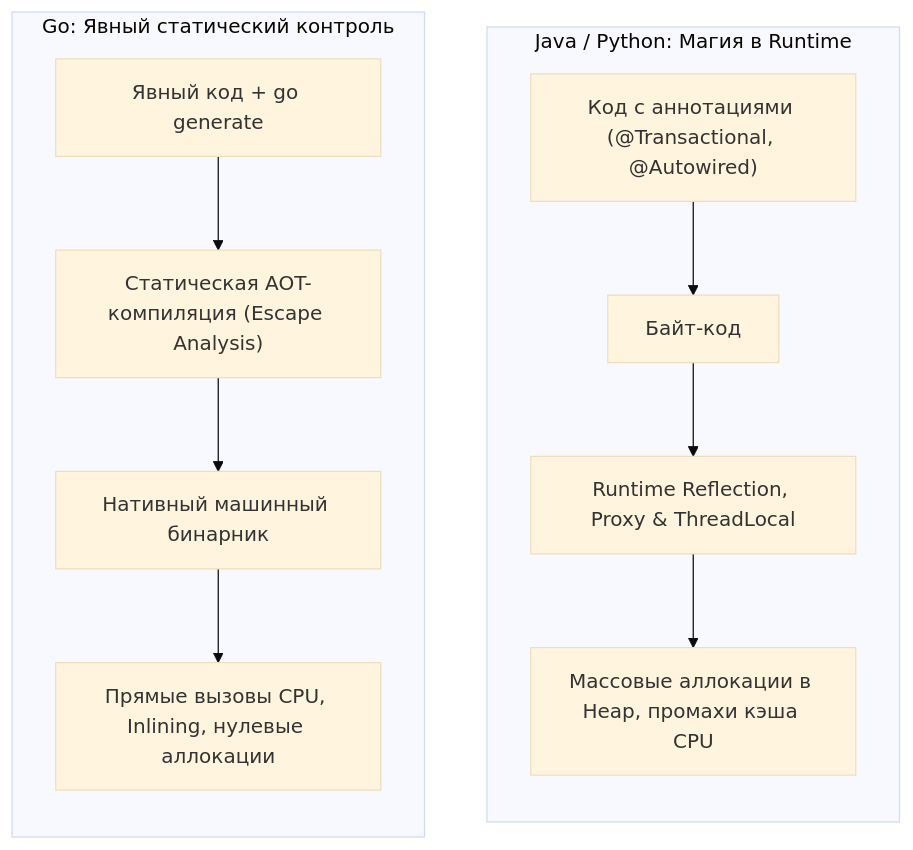
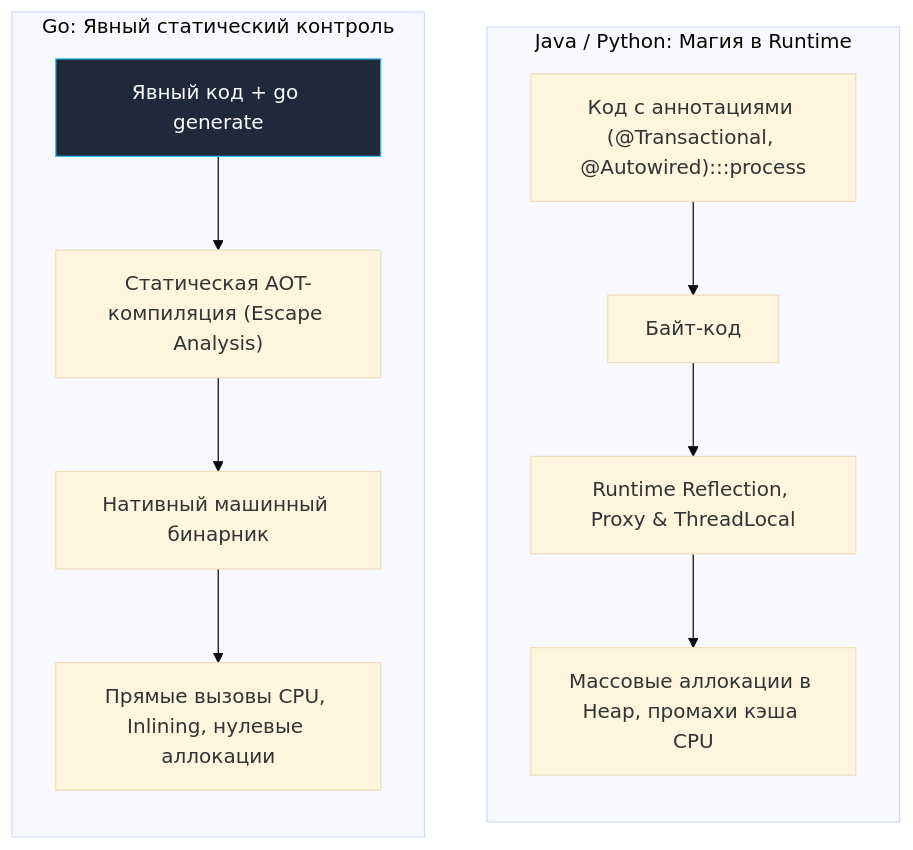
The diagram in sources/4. История и философия Go/19. Почему в Go избегают магии и скрытого поведения.md (UnrealTemplier/go-textbook), drawn with Mermaid (base theme) before and after one commit. The commit also changed 1666 other files, not shown here.

First line of the commit message:
feat(mermaid): add semantic color classDef to 1369 colorless flowchart/graph diagrams

````diff
--- a/sources/4. История и философия Go/19. Почему в Go избегают магии и скрытого поведения.md
+++ b/sources/4. История и философия Go/19. Почему в Go избегают магии и скрытого поведения.md
@@ -47,16 +47,26 @@
 ```mermaid
 flowchart TD
+    classDef process  fill:#1e293b,stroke:#38bdf8,stroke-width:1px,color:#f8fafc
+    classDef success  fill:#064e3b,stroke:#34d399,stroke-width:1px,color:#f8fafc
+    classDef error    fill:#7f1d1d,stroke:#f87171,stroke-width:1px,color:#f8fafc
+    classDef warning  fill:#78350f,stroke:#fbbf24,stroke-width:1px,color:#f8fafc
+    classDef entry    fill:#1e3a5f,stroke:#38bdf8,stroke-width:2px,color:#f8fafc
+    classDef aux      fill:#334155,stroke:#64748b,stroke-width:1px,color:#f8fafc
+    classDef system   fill:#312e81,stroke:#a78bfa,stroke-width:1px,color:#f8fafc
+    classDef data     fill:#132d29,stroke:#2dd4bf,stroke-width:1px,color:#f8fafc
+    classDef network  fill:#881337,stroke:#fb7185,stroke-width:1px,color:#f8fafc
+    classDef accent   fill:#1e1b4b,stroke:#818cf8,stroke-width:1px,color:#f8fafc
     subgraph OOP_MAGIC ["Java / Python: Магия в Runtime"]
         direction TB
-        A["Код с аннотациями (@Transactional, @Autowired)"] --> B["Байт-код"]
+        A["Код с аннотациями (@Transactional, @Autowired):::process"] --> B["Байт-код"]
         B --> C["Runtime Reflection, Proxy & ThreadLocal"]
         C --> D["Массовые аллокации в Heap, промахи кэша CPU"]
     end
 
     subgraph GO_EXPLICIT ["Go: Явный статический контроль"]
         direction TB
-        E["Явный код + go generate"] --> F["Статическая AOT-компиляция (Escape Analysis)"]
+        E["Явный код + go generate"]:::process --> F["Статическая AOT-компиляция (Escape Analysis)"]
         F --> G["Нативный машинный бинарник"]
         G --> H["Прямые вызовы CPU, Inlining, нулевые аллокации"]
     end
 ```
````
